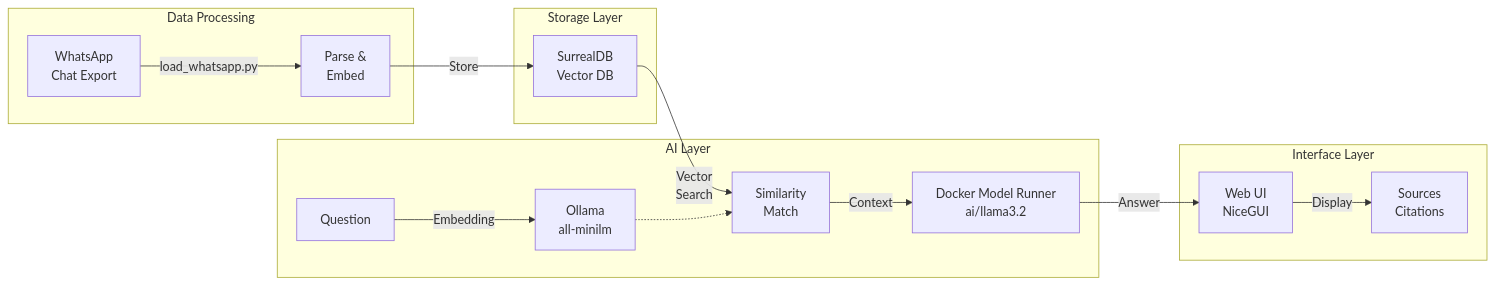
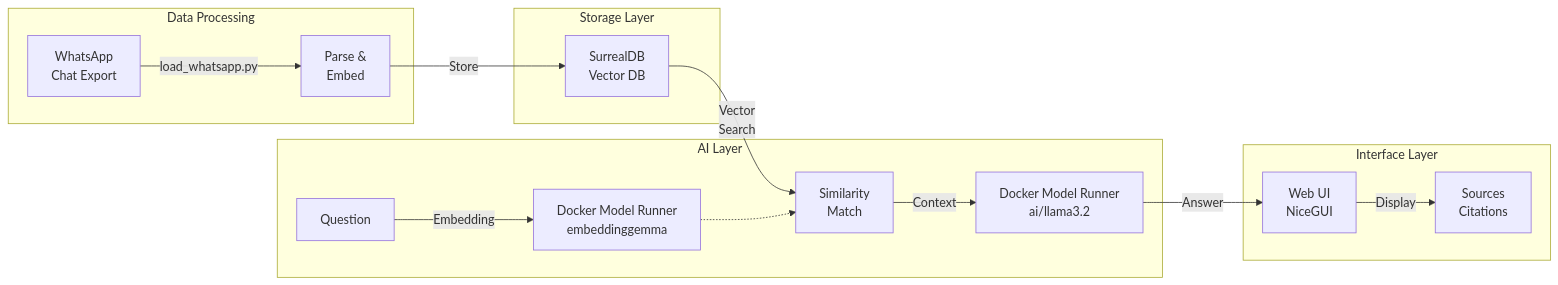
Before and after one commit to Raveendiran-RR/surrealdb-rag-demo: the fourth of 4 diagrams in README.md, drawn with Mermaid. The commit also changed other lines of this file, not shown here.

````diff
--- a/README.md
+++ b/README.md
@@ -247,22 +226,22 @@
 ```mermaid
 graph LR
     subgraph "Data Processing"
         A["WhatsApp<br/>Chat Export"] -->|load_whatsapp.py| B["Parse &<br/>Embed"]
     end
     
     subgraph "Storage Layer"
         B -->|Store| C["SurrealDB<br/>Vector DB"]
     end
     
     subgraph "AI Layer"
-        D["Question"] -->|Embedding| E["Ollama<br/>all-minilm"]
+        D["Question"] -->|Embedding| E["Docker Model Runner<br/>embeddinggemma"]
         C -->|Vector<br/>Search| F["Similarity<br/>Match"]
         E -.-> F
         F -->|Context| G["Docker Model Runner<br/>ai/llama3.2"]
     end
     
     subgraph "Interface Layer"
         G -->|Answer| H["Web UI<br/>NiceGUI"]
         H -->|Display| I["Sources<br/>Citations"]
     end
 ```
````
